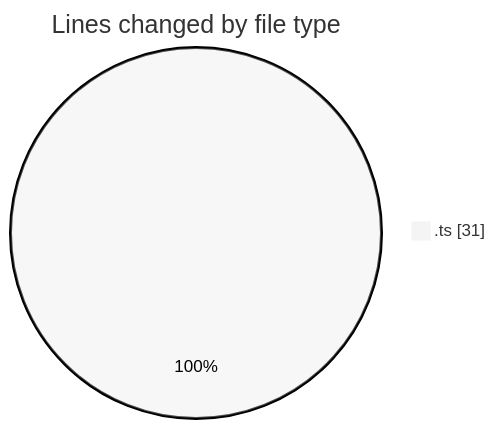
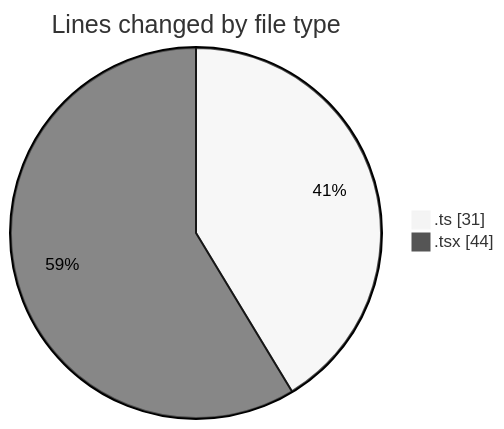
One commit to nxtqubesakshisongat/code-tracking changed the first of 2 diagrams in 2026-04-24/nxtqube_webapp/README.md. Above: the diagram before and after it, drawn with Mermaid (neutral theme). The commit also changed other lines of this file and 1 other file, not shown here.

````diff
--- a/2026-04-24/nxtqube_webapp/README.md
+++ b/2026-04-24/nxtqube_webapp/README.md
@@ -20,5 +21,6 @@
 ```mermaid
 pie showData
 title Lines changed by file type
 ".ts" : 31
+".tsx" : 44
 ```
````
